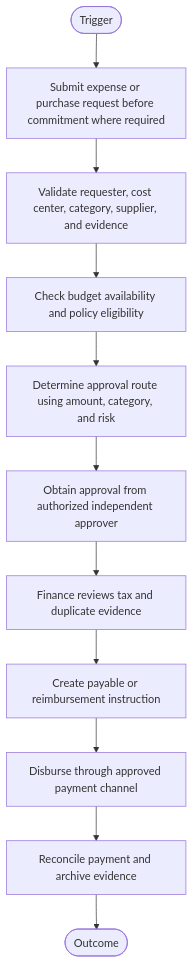
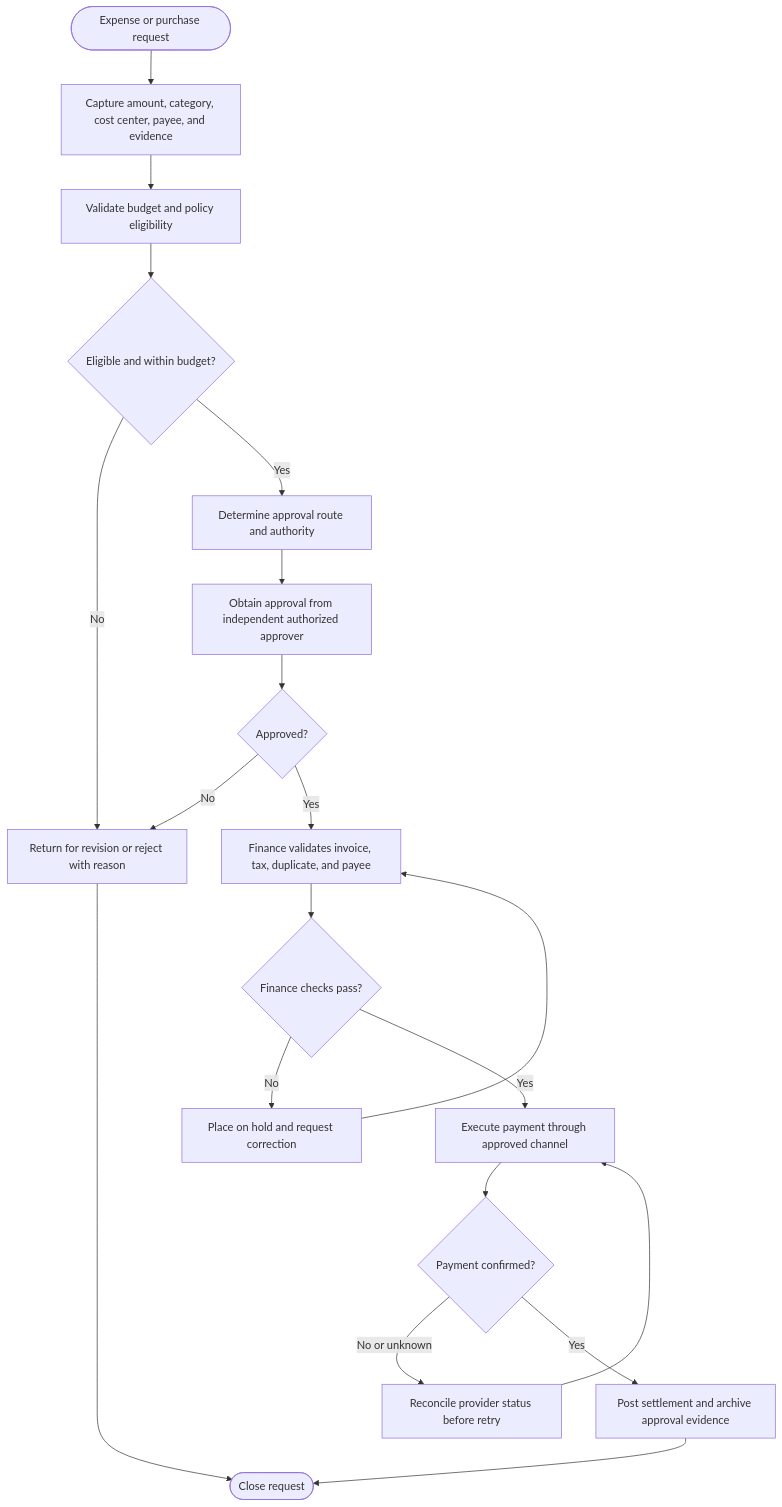
Before and after one commit to reviveproject4-source/visual-business-flows: the first of 3 diagrams in 03-financial-and-billing/expense-approval-hierarchy.md, drawn with Mermaid. The commit also changed other lines of this file and 14 other files, not shown here.

First line of the commit message:
Align workflow diagrams with business rules and exceptions

````diff
--- a/03-financial-and-billing/expense-approval-hierarchy.md
+++ b/03-financial-and-billing/expense-approval-hierarchy.md
@@ -55,22 +55,22 @@
 ```mermaid
 flowchart TD
-    Start([Trigger]) --> S1
-    S1[Submit expense or purchase request before commitment where required]
-    S2[Validate requester, cost center, category, supplier, and evidence]
-    S3[Check budget availability and policy eligibility]
-    S4[Determine approval route using amount, category, and risk]
-    S5[Obtain approval from authorized independent approver]
-    S6[Finance reviews tax and duplicate evidence]
-    S7[Create payable or reimbursement instruction]
-    S8[Disburse through approved payment channel]
-    S9[Reconcile payment and archive evidence]
-    S1 --> S2
-    S2 --> S3
-    S3 --> S4
-    S4 --> S5
-    S5 --> S6
-    S6 --> S7
-    S7 --> S8
-    S8 --> S9
-    S9 --> End([Outcome])
+    A([Expense or purchase request]) --> B[Capture amount, category, cost center, payee, and evidence]
+    B --> C[Validate budget and policy eligibility]
+    C --> D{Eligible and within budget?}
+    D -->|No| X[Return for revision or reject with reason]
+    D -->|Yes| E[Determine approval route and authority]
+    E --> F[Obtain approval from independent authorized approver]
+    F --> G{Approved?}
+    G -->|No| X
+    G -->|Yes| H[Finance validates invoice, tax, duplicate, and payee]
+    H --> I{Finance checks pass?}
+    I -->|No| J[Place on hold and request correction]
+    J --> H
+    I -->|Yes| K[Execute payment through approved channel]
+    K --> L{Payment confirmed?}
+    L -->|No or unknown| M[Reconcile provider status before retry]
+    M --> K
+    L -->|Yes| N[Post settlement and archive approval evidence]
+    N --> O([Close request])
+    X --> O
 ```
````
